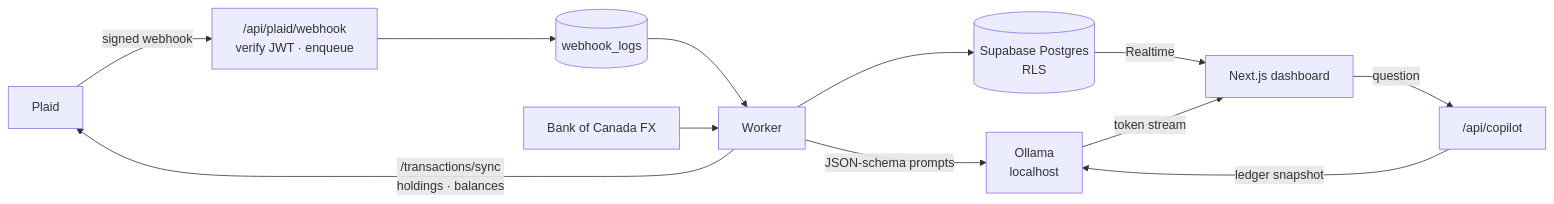
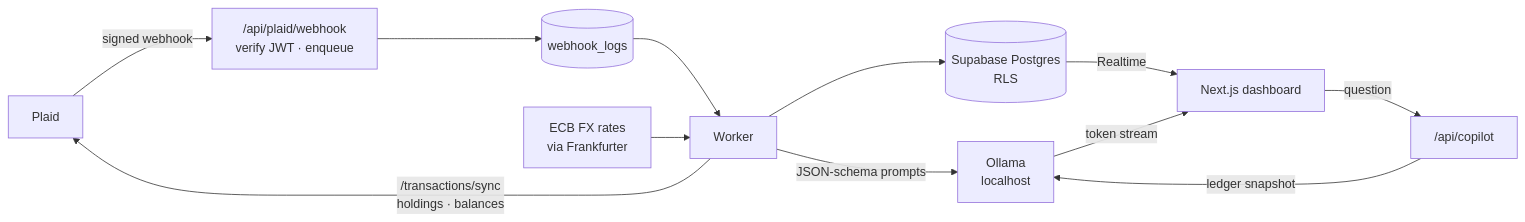
One commit to sshower111/financial-dashboard changed the diagram in README.md. Above: the diagram before and after it, drawn with Mermaid. The commit also changed other lines of this file and 25 other files, not shown here.

First line of the commit message:
Switch to US base: USD defaults, US demo data, ECB FX rates

````diff
--- a/README.md
+++ b/README.md
@@ -57,14 +57,14 @@
 ```mermaid
 flowchart LR
   P[Plaid] -- "signed webhook" --> W["/api/plaid/webhook<br/>verify JWT · enqueue"]
   W --> Q[(webhook_logs)]
   Q --> K[Worker]
   K -- "/transactions/sync<br/>holdings · balances" --> P
   K -- "JSON-schema prompts" --> O[Ollama<br/>localhost]
   K --> DB[(Supabase Postgres<br/>RLS)]
-  BoC[Bank of Canada FX] --> K
+  FX[ECB FX rates<br/>via Frankfurter] --> K
   DB -- Realtime --> UI[Next.js dashboard]
   UI -- question --> C["/api/copilot"]
   C -- "ledger snapshot" --> O
   O -- "token stream" --> UI
 ```
````
